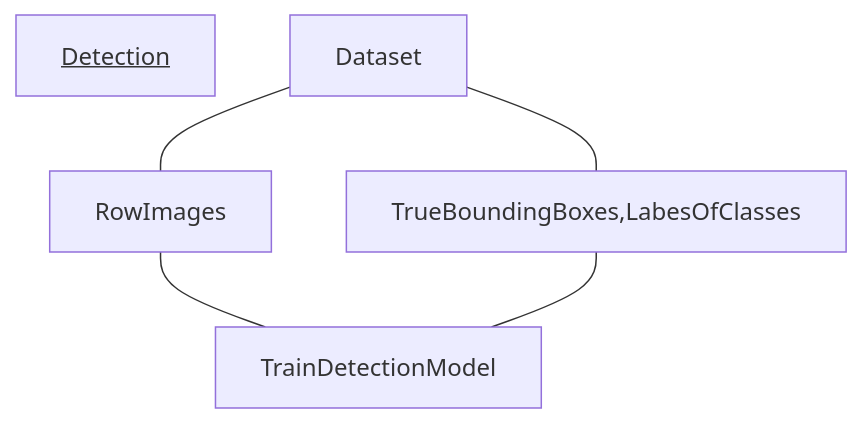
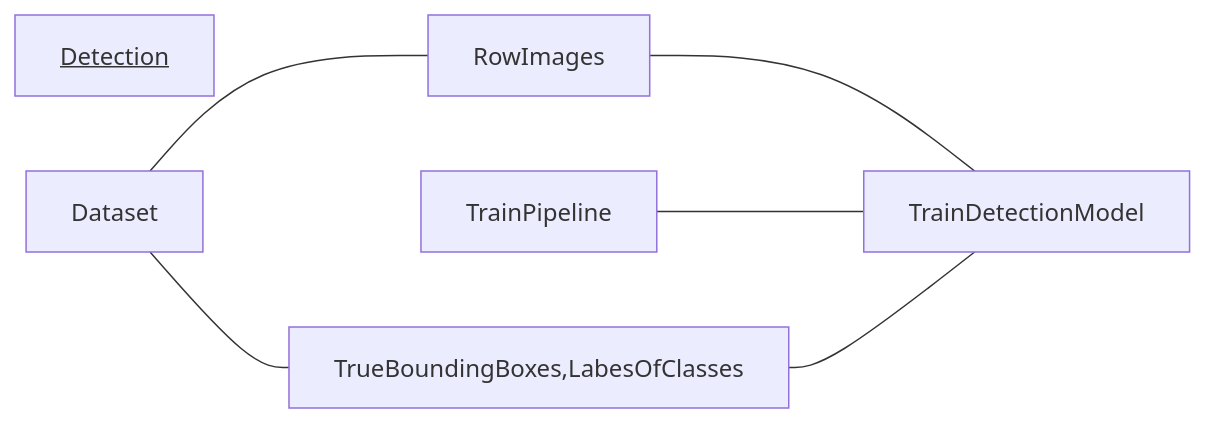
One commit to RepnikovPavel/FurnitureDetection changed the third of 4 diagrams in ReadMe.md. Above: the diagram before and after it, drawn with Mermaid. The commit also changed other lines of this file, not shown here.

````diff
--- a/ReadMe.md
+++ b/ReadMe.md
@@ -67,8 +68,9 @@
 ```mermaid
-graph TD
+graph LR
 title[<u>Detection</u>]
 Dataset --- RowImages
 Dataset --- TrueBoundingBoxes,LabesOfClasses
 RowImages --- TrainDetectionModel
- TrueBoundingBoxes,LabesOfClasses --- TrainDetectionModel
+TrainPipeline --- TrainDetectionModel
+TrueBoundingBoxes,LabesOfClasses --- TrainDetectionModel
 ```
````
